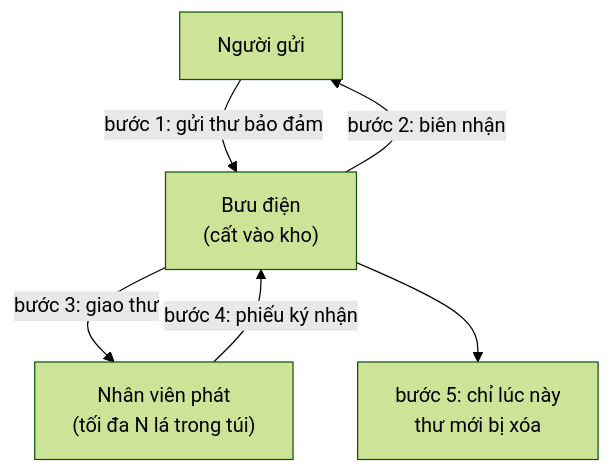
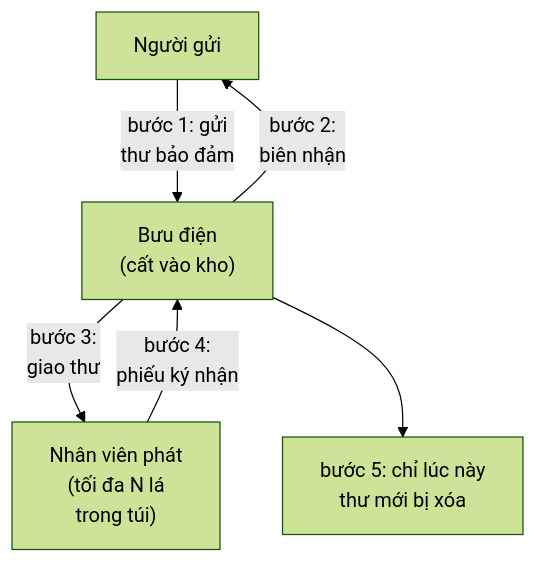
Before and after one commit to duongbui234/software-engineering-atlas: the diagram in content/posts/2026-11-21-rabbitmq-ack-confirm.md, drawn with Mermaid (forest theme). The commit also changed 134 other files, not shown here.

First line of the commit message:
Fit every Mermaid diagram at 390px without sideways scroll (#56)

````diff
--- a/content/posts/2026-11-21-rabbitmq-ack-confirm.md
+++ b/content/posts/2026-11-21-rabbitmq-ack-confirm.md
@@ -54,8 +54,8 @@
 ```mermaid
 flowchart TB
-    P["Người gửi"] -->|"bước 1: gửi thư bảo đảm"| B["Bưu điện<br/>(cất vào kho)"]
-    B -->|"bước 2: biên nhận"| P
-    B -->|"bước 3: giao thư"| W["Nhân viên phát<br/>(tối đa N lá trong túi)"]
-    W -->|"bước 4: phiếu ký nhận"| B
+    P["Người gửi"] -->|"bước 1: gửi<br/>thư bảo đảm"| B["Bưu điện<br/>(cất vào kho)"]
+    B -->|"bước 2:<br/>biên nhận"| P
+    B -->|"bước 3:<br/>giao thư"| W["Nhân viên phát<br/>(tối đa N lá<br/>trong túi)"]
+    W -->|"bước 4:<br/>phiếu ký nhận"| B
     B --> D["bước 5: chỉ lúc này<br/>thư mới bị xóa"]
 ```
````
